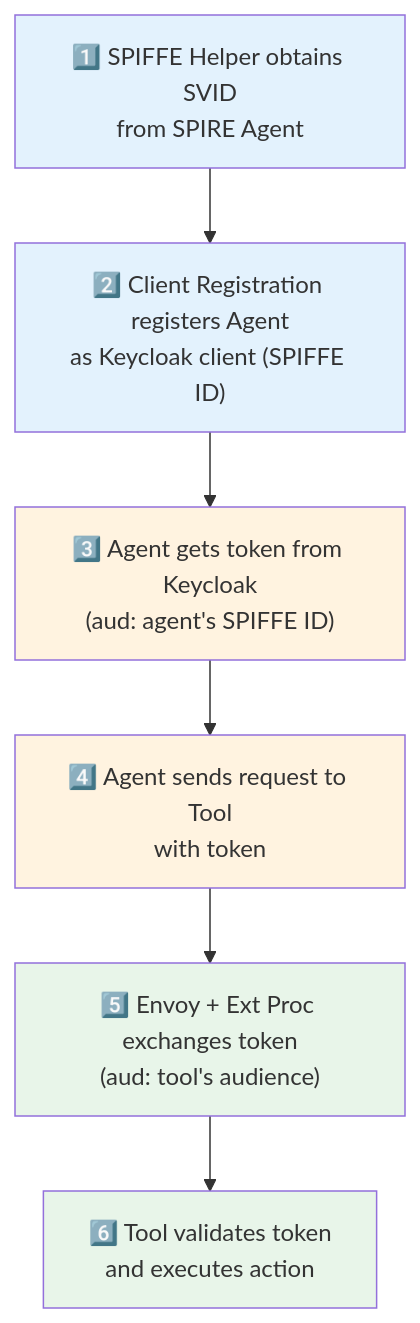
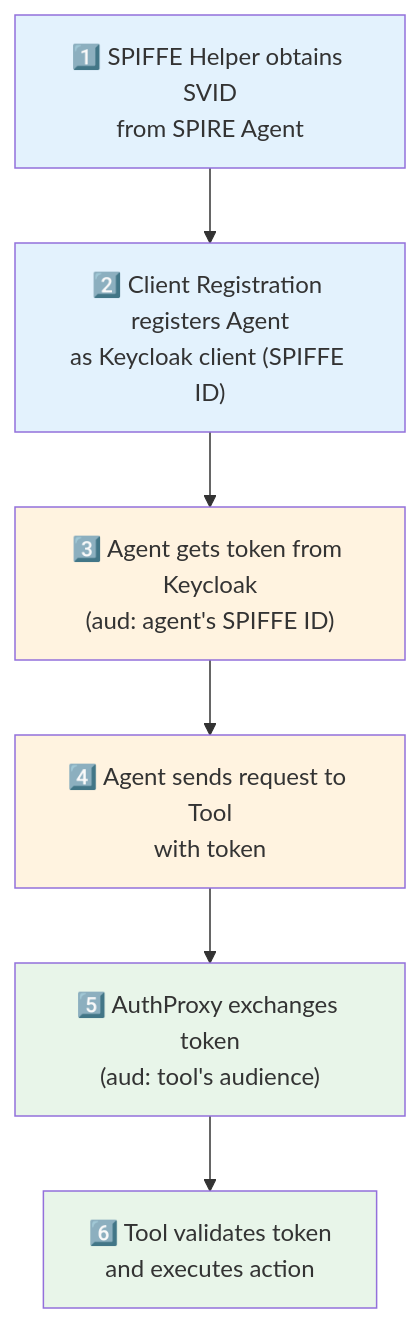
The third of 10 diagrams in AuthBridge/BLOG-agentic.md (mrsabath/kagenti-extensions), drawn with Mermaid before and after one commit. The commit also changed other lines of this file, not shown here.

Commit message:
AuthBridge Blog

````diff
--- a/AuthBridge/BLOG-agentic.md
+++ b/AuthBridge/BLOG-agentic.md
@@ -223,18 +223,18 @@
 ```mermaid
 flowchart TB
     Step1["1️⃣ SPIFFE Helper obtains SVID<br/>from SPIRE Agent"]
     Step2["2️⃣ Client Registration registers Agent<br/>as Keycloak client (SPIFFE ID)"]
     Step3["3️⃣ Agent gets token from Keycloak<br/>(aud: agent's SPIFFE ID)"]
     Step4["4️⃣ Agent sends request to Tool<br/>with token"]
-    Step5["5️⃣ Envoy + Ext Proc exchanges token<br/>(aud: tool's audience)"]
+    Step5["5️⃣ AuthProxy exchanges token<br/>(aud: tool's audience)"]
     Step6["6️⃣ Tool validates token<br/>and executes action"]
     
     Step1 --> Step2 --> Step3 --> Step4 --> Step5 --> Step6
     
     style Step1 fill:#e3f2fd
     style Step2 fill:#e3f2fd
     style Step3 fill:#fff3e0
     style Step4 fill:#fff3e0
     style Step5 fill:#e8f5e9
     style Step6 fill:#e8f5e9
 ```
````
